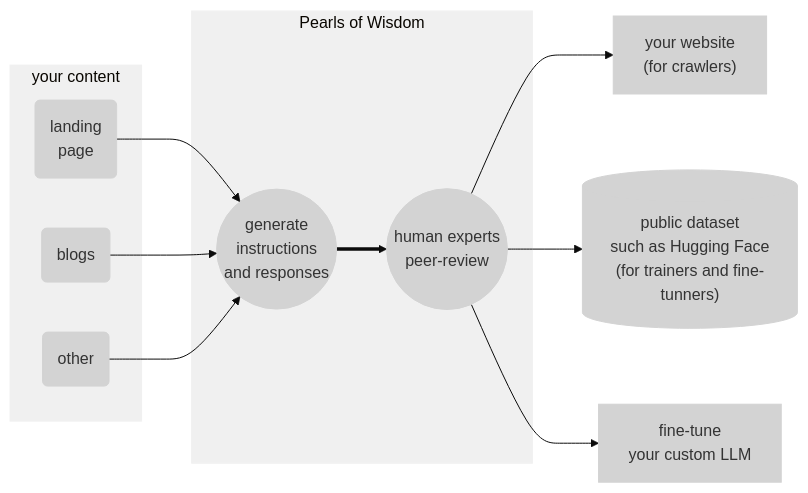
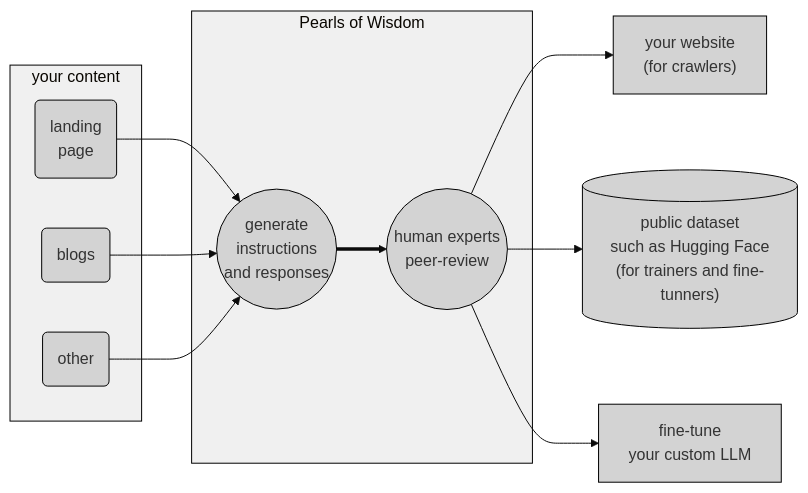
One commit to kirilligum/prls.co changed the diagram in diagrams/userflow.mmd. Above: the diagram before and after it, drawn with Mermaid (base theme).

First paragraph of the commit message:
aider: Changed stroke color to black in userflow diagram styles
# Aider chat conversation:

```diff
--- a/diagrams/userflow.mmd
+++ b/diagrams/userflow.mmd
@@ -1,30 +1,30 @@
 graph LR
-  style yc fill:#f0f0f0,stroke:#f0f0f0
-  style pow fill:#f0f0f0,stroke:#f0f0f0
-  style lp fill:#d3d3d3,stroke:#d3d3d3
-  style b fill:#d3d3d3,stroke:#d3d3d3
-  style other fill:#d3d3d3,stroke:#d3d3d3
-  style g fill:#d3d3d3,stroke:#d3d3d3
-  style h fill:#d3d3d3,stroke:#d3d3d3
-  style page fill:#d3d3d3,stroke:#d3d3d3
-  style pubhf fill:#d3d3d3,stroke:#d3d3d3
-  style cllm fill:#d3d3d3,stroke:#d3d3d3
+  style yc fill:#f0f0f0,stroke:#000000
+  style pow fill:#f0f0f0,stroke:#000000
+  style lp fill:#d3d3d3,stroke:#000000
+  style b fill:#d3d3d3,stroke:#000000
+  style other fill:#d3d3d3,stroke:#000000
+  style g fill:#d3d3d3,stroke:#000000
+  style h fill:#d3d3d3,stroke:#000000
+  style page fill:#d3d3d3,stroke:#000000
+  style pubhf fill:#d3d3d3,stroke:#000000
+  style cllm fill:#d3d3d3,stroke:#000000
 subgraph yc[your content]
   lp("landing<br/>page")
   b(blogs)
   other(other)
 end
 subgraph pow[Pearls of Wisdom]
   g(("generate<br/>instructions<br/>and responses"))
   h(("human experts<br/>peer-review"))
 end
 page["your website<br/>(for crawlers)"]
 pubhf[("public dataset<br/>such as Hugging Face<br/>(for trainers and fine-tunners)")]
 cllm["fine-tune<br/>your custom LLM"]
 lp-->g
 b-->g
 other-->g
 g==>h
 h-->page
 h-->pubhf
 h-->cllm
```
